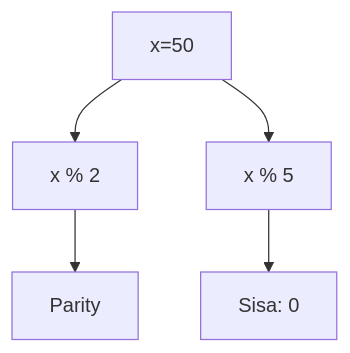
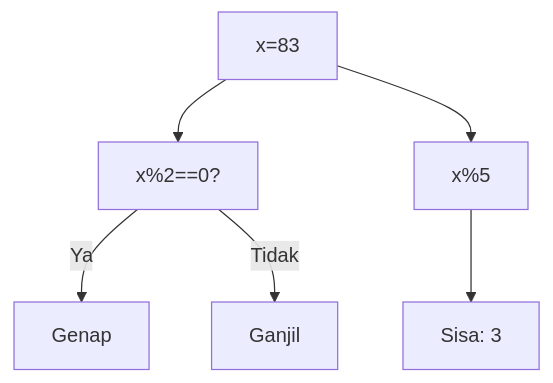
The seventh of 25 diagrams in part-c-pemahaman-cpp/05-rekursi/latihan/set-02.md (amnahwaida/OSNK_INF_PREP), drawn with Mermaid before and after one commit. The commit also changed other lines of this file and 71 other files, not shown here.

Commit message:
Fixed Mermaid syntax lexical errors with quoted labels in 1,800 questions

````diff
--- a/part-c-pemahaman-cpp/05-rekursi/latihan/set-02.md
+++ b/part-c-pemahaman-cpp/05-rekursi/latihan/set-02.md
@@ -168,7 +210,8 @@
 ```mermaid
 graph TD
-A[x=50] --> B[x % 2]
-B --> C[Parity]
-A --> D[x % 5]
-D --> E[Sisa: 0]
+A["x=83"] --> B["x%2==0?"]
+B -- Ya --> C["Genap"]
+B -- Tidak --> D["Ganjil"]
+A --> E["x%5"]
+E --> F["Sisa: 3"]
 ```
````
